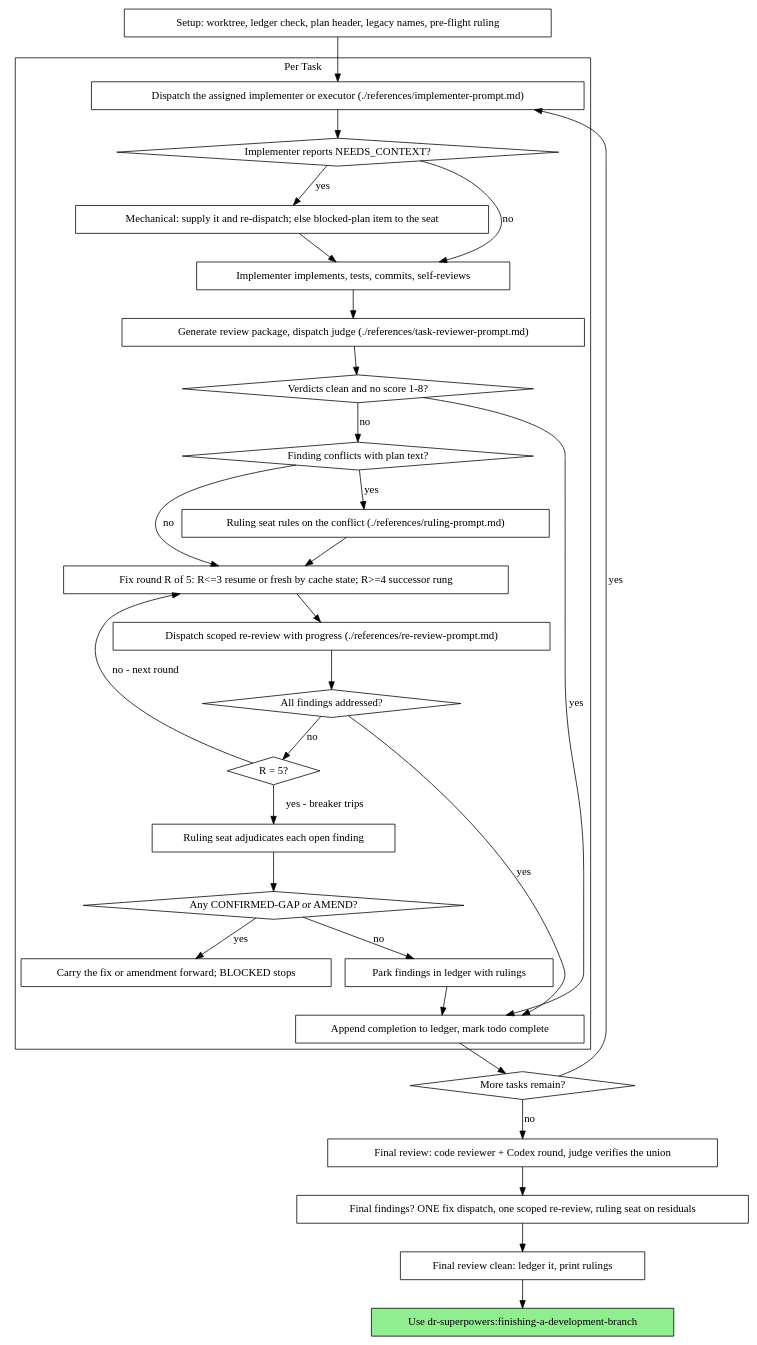
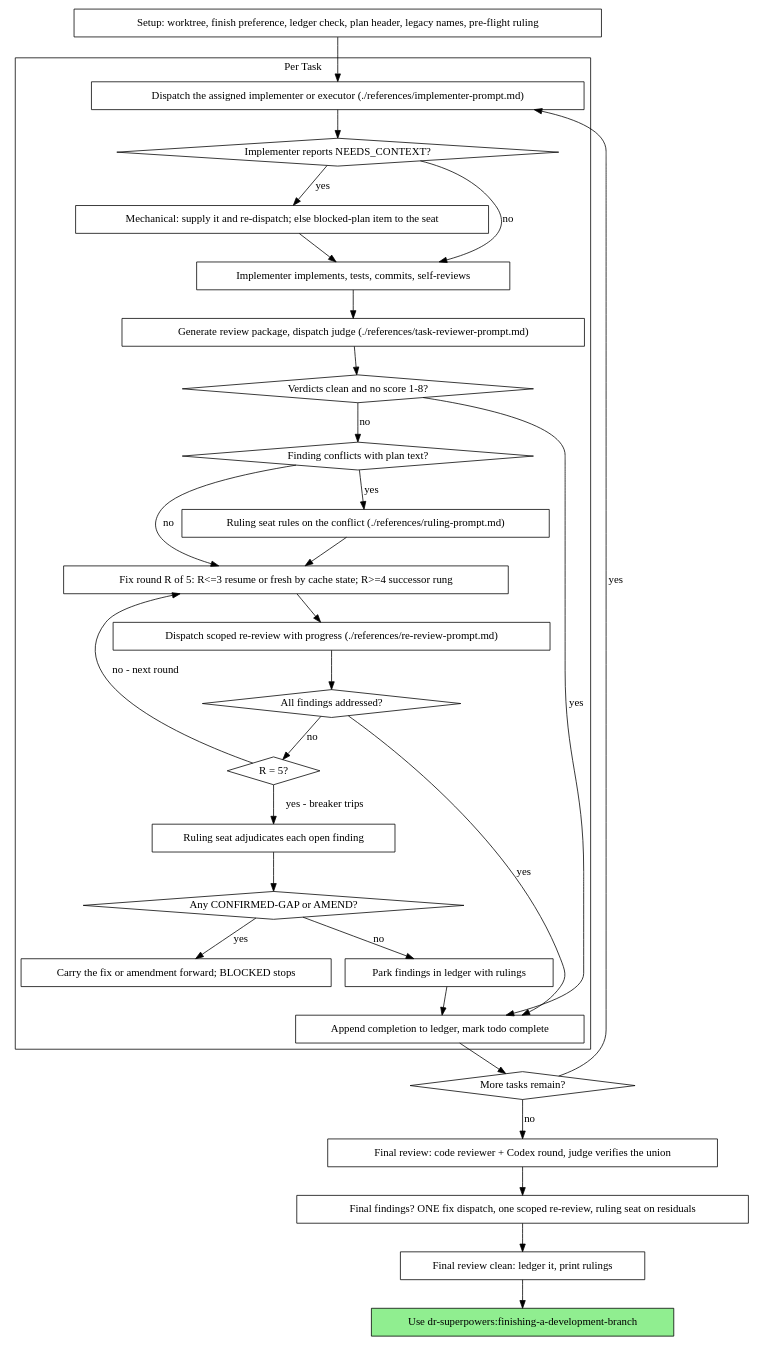
The diagram in plugins/dr-superpowers/skills/subagent-driven-development/SKILL.md (darkraise/darkraise-ai-plugins), drawn with Graphviz before and after one commit. The commit also changed other lines of this file and 19 other files, not shown here.

````diff
--- a/plugins/dr-superpowers/skills/subagent-driven-development/SKILL.md
+++ b/plugins/dr-superpowers/skills/subagent-driven-development/SKILL.md
@@ -104,62 +104,62 @@
 ```dot
 digraph process {
     rankdir=TB;
 
     subgraph cluster_per_task {
         label="Per Task";
         "Dispatch the assigned implementer or executor (./references/implementer-prompt.md)" [shape=box];
         "Implementer reports NEEDS_CONTEXT?" [shape=diamond];
         "Mechanical: supply it and re-dispatch; else blocked-plan item to the seat" [shape=box];
         "Implementer implements, tests, commits, self-reviews" [shape=box];
         "Generate review package, dispatch judge (./references/task-reviewer-prompt.md)" [shape=box];
         "Verdicts clean and no score 1-8?" [shape=diamond];
         "Finding conflicts with plan text?" [shape=diamond];
         "Ruling seat rules on the conflict (./references/ruling-prompt.md)" [shape=box];
         "Fix round R of 5: R<=3 resume or fresh by cache state; R>=4 successor rung" [shape=box];
         "Dispatch scoped re-review with progress (./references/re-review-prompt.md)" [shape=box];
         "All findings addressed?" [shape=diamond];
         "R = 5?" [shape=diamond];
         "Ruling seat adjudicates each open finding" [shape=box];
         "Any CONFIRMED-GAP or AMEND?" [shape=diamond];
         "Carry the fix or amendment forward; BLOCKED stops" [shape=box];
         "Park findings in ledger with rulings" [shape=box];
         "Append completion to ledger, mark todo complete" [shape=box];
     }
 
-    "Setup: worktree, ledger check, plan header, legacy names, pre-flight ruling" [shape=box];
+    "Setup: worktree, finish preference, ledger check, plan header, legacy names, pre-flight ruling" [shape=box];
     "More tasks remain?" [shape=diamond];
     "Final review: code reviewer + Codex round, judge verifies the union" [shape=box];
     "Final findings? ONE fix dispatch, one scoped re-review, ruling seat on residuals" [shape=box];
     "Final review clean: ledger it, print rulings" [shape=box];
     "Use dr-superpowers:finishing-a-development-branch" [shape=box style=filled fillcolor=lightgreen];
 
-    "Setup: worktree, ledger check, plan header, legacy names, pre-flight ruling" -> "Dispatch the assigned implementer or executor (./references/implementer-prompt.md)";
+    "Setup: worktree, finish preference, ledger check, plan header, legacy names, pre-flight ruling" -> "Dispatch the assigned implementer or executor (./references/implementer-prompt.md)";
     "Dispatch the assigned implementer or executor (./references/implementer-prompt.md)" -> "Implementer reports NEEDS_CONTEXT?";
     "Implementer reports NEEDS_CONTEXT?" -> "Mechanical: supply it and re-dispatch; else blocked-plan item to the seat" [label="yes"];
     "Mechanical: supply it and re-dispatch; else blocked-plan item to the seat" -> "Implementer implements, tests, commits, self-reviews";
     "Implementer reports NEEDS_CONTEXT?" -> "Implementer implements, tests, commits, self-reviews" [label="no"];
     "Implementer implements, tests, commits, self-reviews" -> "Generate review package, dispatch judge (./references/task-reviewer-prompt.md)";
     "Generate review package, dispatch judge (./references/task-reviewer-prompt.md)" -> "Verdicts clean and no score 1-8?";
     "Verdicts clean and no score 1-8?" -> "Append completion to ledger, mark todo complete" [label="yes"];
     "Verdicts clean and no score 1-8?" -> "Finding conflicts with plan text?" [label="no"];
     "Finding conflicts with plan text?" -> "Ruling seat rules on the conflict (./references/ruling-prompt.md)" [label="yes"];
     "Ruling seat rules on the conflict (./references/ruling-prompt.md)" -> "Fix round R of 5: R<=3 resume or fresh by cache state; R>=4 successor rung";
     "Finding conflicts with plan text?" -> "Fix round R of 5: R<=3 resume or fresh by cache state; R>=4 successor rung" [label="no"];
     "Fix round R of 5: R<=3 resume or fresh by cache state; R>=4 successor rung" -> "Dispatch scoped re-review with progress (./references/re-review-prompt.md)";
     "Dispatch scoped re-review with progress (./references/re-review-prompt.md)" -> "All findings addressed?";
     "All findings addressed?" -> "Append completion to ledger, mark todo complete" [label="yes"];
     "All findings addressed?" -> "R = 5?" [label="no"];
     "R = 5?" -> "Fix round R of 5: R<=3 resume or fresh by cache state; R>=4 successor rung" [label="no - next round"];
     "R = 5?" -> "Ruling seat adjudicates each open finding" [label="yes - breaker trips"];
     "Ruling seat adjudicates each open finding" -> "Any CONFIRMED-GAP or AMEND?";
     "Any CONFIRMED-GAP or AMEND?" -> "Carry the fix or amendment forward; BLOCKED stops" [label="yes"];
     "Any CONFIRMED-GAP or AMEND?" -> "Park findings in ledger with rulings" [label="no"];
     "Park findings in ledger with rulings" -> "Append completion to ledger, mark todo complete";
     "Append completion to ledger, mark todo complete" -> "More tasks remain?";
     "More tasks remain?" -> "Dispatch the assigned implementer or executor (./references/implementer-prompt.md)" [label="yes"];
     "More tasks remain?" -> "Final review: code reviewer + Codex round, judge verifies the union" [label="no"];
     "Final review: code reviewer + Codex round, judge verifies the union" -> "Final findings? ONE fix dispatch, one scoped re-review, ruling seat on residuals";
     "Final findings? ONE fix dispatch, one scoped re-review, ruling seat on residuals" -> "Final review clean: ledger it, print rulings";
     "Final review clean: ledger it, print rulings" -> "Use dr-superpowers:finishing-a-development-branch";
 }
 ```
````
